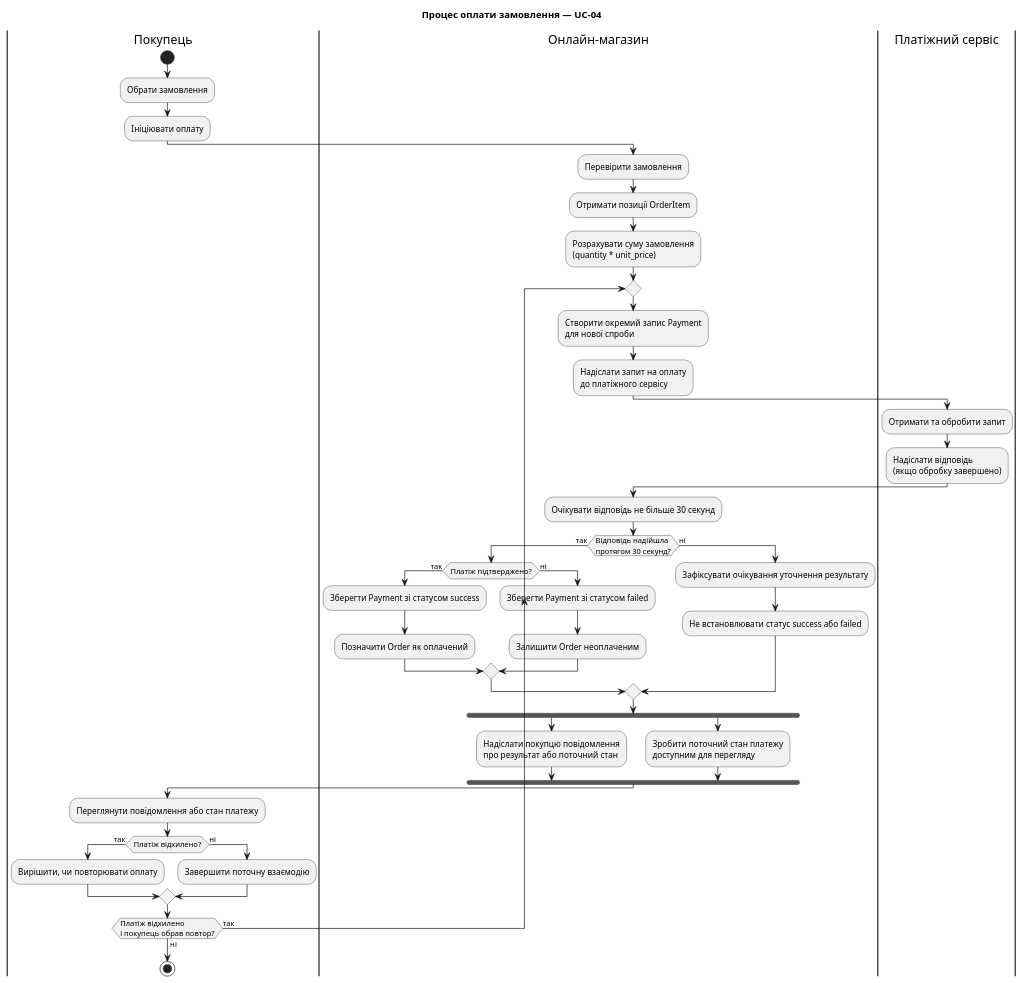
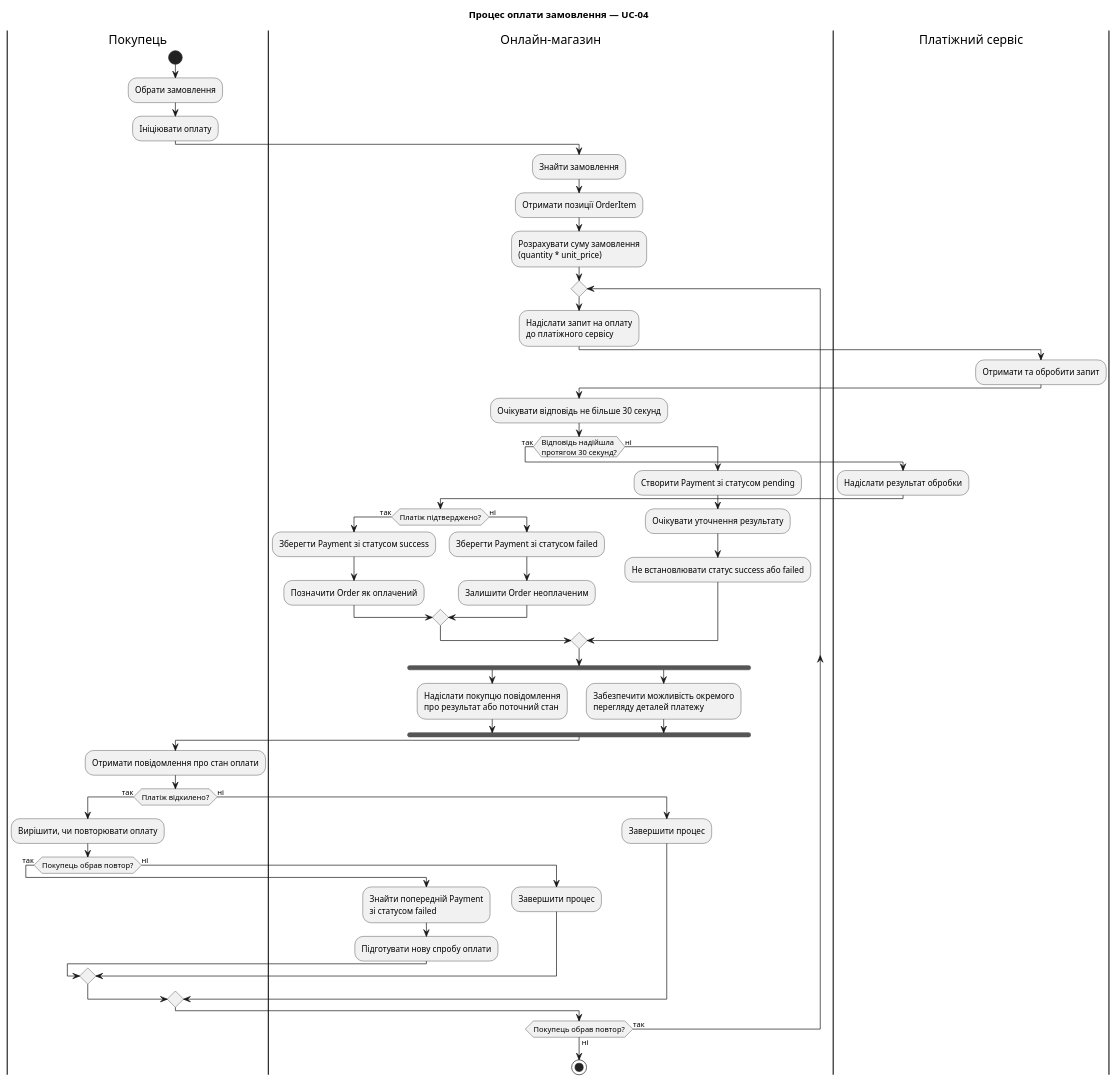
One commit to denisovatetiana-im-53/kpi changed the diagram in lab4/activity-diagram.puml. Above: the diagram before and after it, drawn with PlantUML. The commit also changed 2 other files, not shown here.

Commit message:
docs(lab4): refine process specification and activity diagram

```diff
--- a/lab4/activity-diagram.puml
+++ b/lab4/activity-diagram.puml
@@ -1,56 +1,66 @@
 @startuml
 title Процес оплати замовлення — UC-04
 
 |Покупець|
 start
 :Обрати замовлення;
 :Ініціювати оплату;
 
 |Онлайн-магазин|
-:Перевірити замовлення;
+:Знайти замовлення;
 :Отримати позиції OrderItem;
 :Розрахувати суму замовлення\n(quantity * unit_price);
 
 repeat
-  :Створити окремий запис Payment\nдля нової спроби;
   :Надіслати запит на оплату\nдо платіжного сервісу;
 
   |Платіжний сервіс|
   :Отримати та обробити запит;
-  :Надіслати відповідь\n(якщо обробку завершено);
 
   |Онлайн-магазин|
   :Очікувати відповідь не більше 30 секунд;
 
   if (Відповідь надійшла\nпротягом 30 секунд?) then (так)
+    |Платіжний сервіс|
+    :Надіслати результат обробки;
+
+    |Онлайн-магазин|
     if (Платіж підтверджено?) then (так)
       :Зберегти Payment зі статусом success;
       :Позначити Order як оплачений;
     else (ні)
       :Зберегти Payment зі статусом failed;
       :Залишити Order неоплаченим;
     endif
   else (ні)
-    :Зафіксувати очікування уточнення результату;
+    :Створити Payment зі статусом pending;
+    :Очікувати уточнення результату;
     :Не встановлювати статус success або failed;
   endif
 
   fork
     :Надіслати покупцю повідомлення\nпро результат або поточний стан;
   fork again
-    :Зробити поточний стан платежу\nдоступним для перегляду;
+    :Забезпечити можливість окремого\nперегляду деталей платежу;
   end fork
 
   |Покупець|
-  :Переглянути повідомлення або стан платежу;
+  :Отримати повідомлення про стан оплати;
 
   if (Платіж відхилено?) then (так)
     :Вирішити, чи повторювати оплату;
+    if (Покупець обрав повтор?) then (так)
+      |Онлайн-магазин|
+      :Знайти попередній Payment\nзі статусом failed;
+      :Підготувати нову спробу оплати;
+    else (ні)
+      :Завершити процес;
+    endif
   else (ні)
-    :Завершити поточну взаємодію;
+    :Завершити процес;
   endif
 
-repeat while (Платіж відхилено\nі покупець обрав повтор?) is (так) not (ні)
+repeat while (Покупець обрав повтор?) is (так) not (ні)
 
 stop
 @enduml
```
